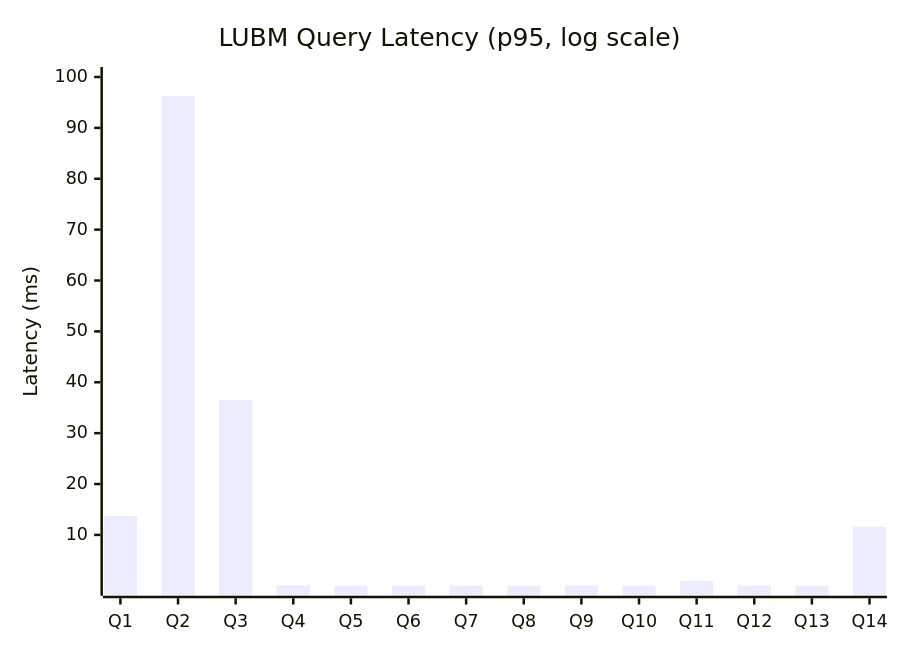
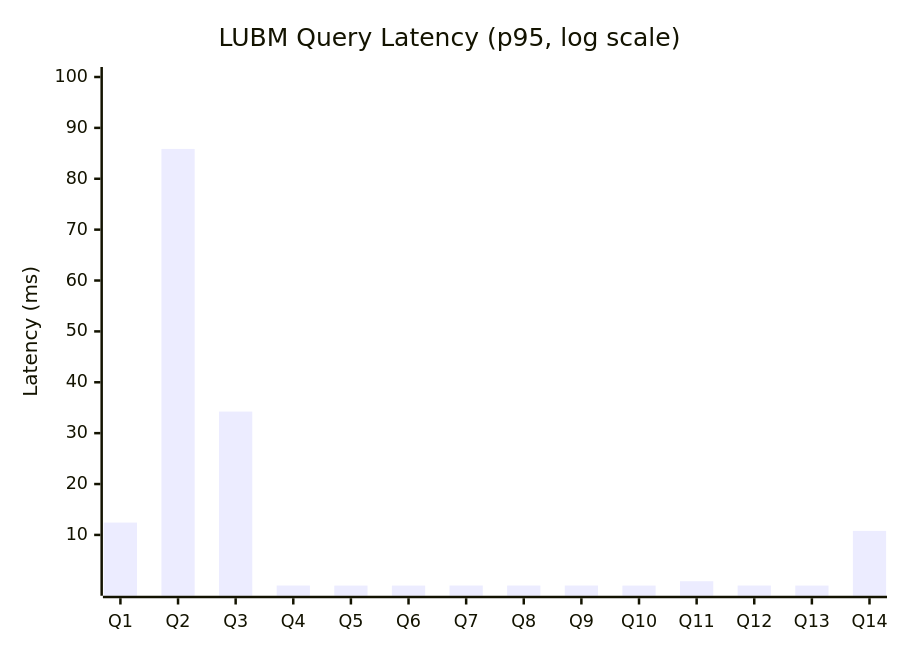
One commit to pcharbon70/triple_store changed the second of 2 diagrams in guides/benchmarks/lubm.md. Above: the diagram before and after it, drawn with Mermaid. The commit also changed other lines of this file and 2 other files, not shown here.

````diff
--- a/guides/benchmarks/lubm.md
+++ b/guides/benchmarks/lubm.md
@@ -85,7 +86,7 @@
 ```mermaid
 xychart-beta
     title "LUBM Query Latency (p95, log scale)"
     x-axis [Q1, Q2, Q3, Q4, Q5, Q6, Q7, Q8, Q9, Q10, Q11, Q12, Q13, Q14]
     y-axis "Latency (ms)" 0.01 --> 100
-    bar [13.7, 96.3, 36.5, 0.09, 0.04, 0.04, 0.05, 0.04, 0.05, 0.04, 0.96, 0.05, 0.04, 11.6]
+    bar [12.43, 85.86, 34.24, 0.05, 0.04, 0.04, 0.05, 0.05, 0.05, 0.04, 0.90, 0.05, 0.04, 10.79]
 ```
````
